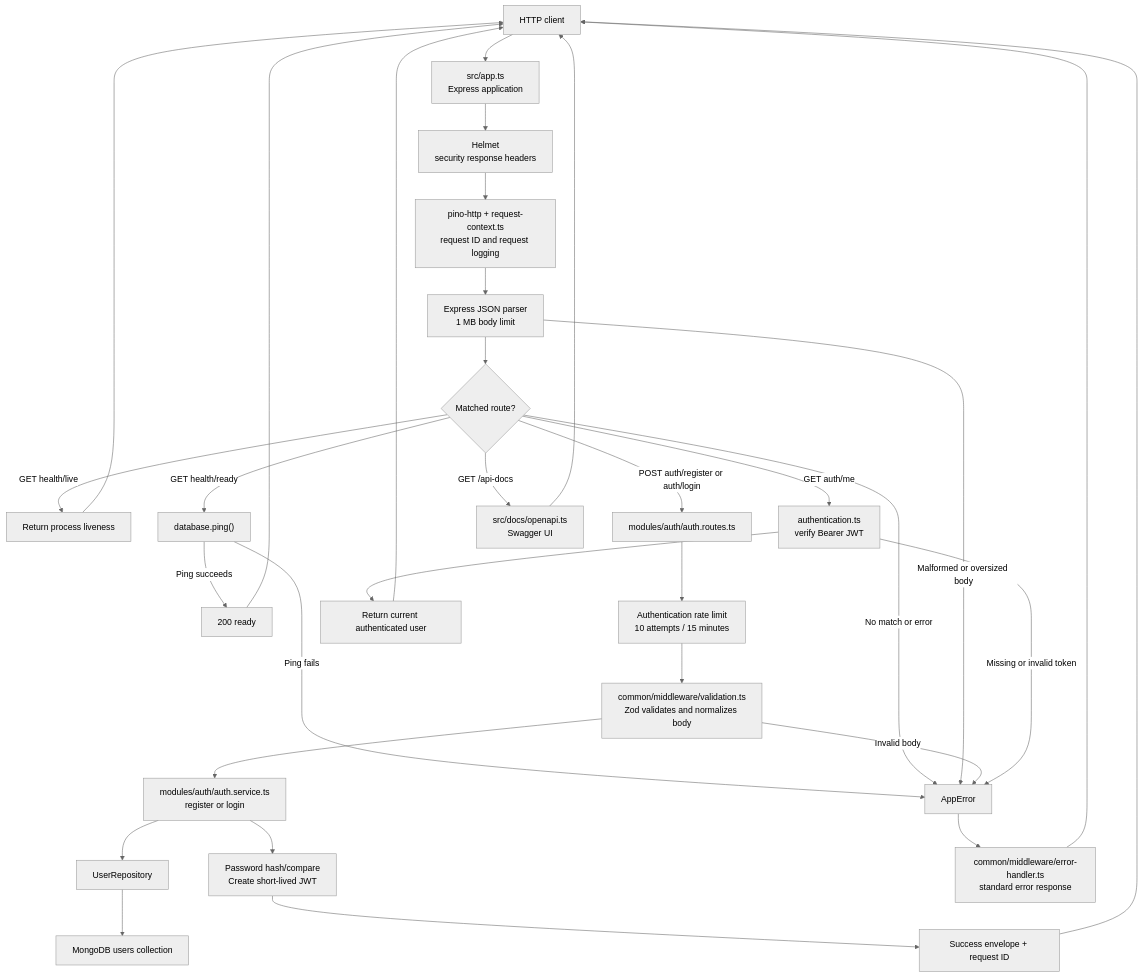
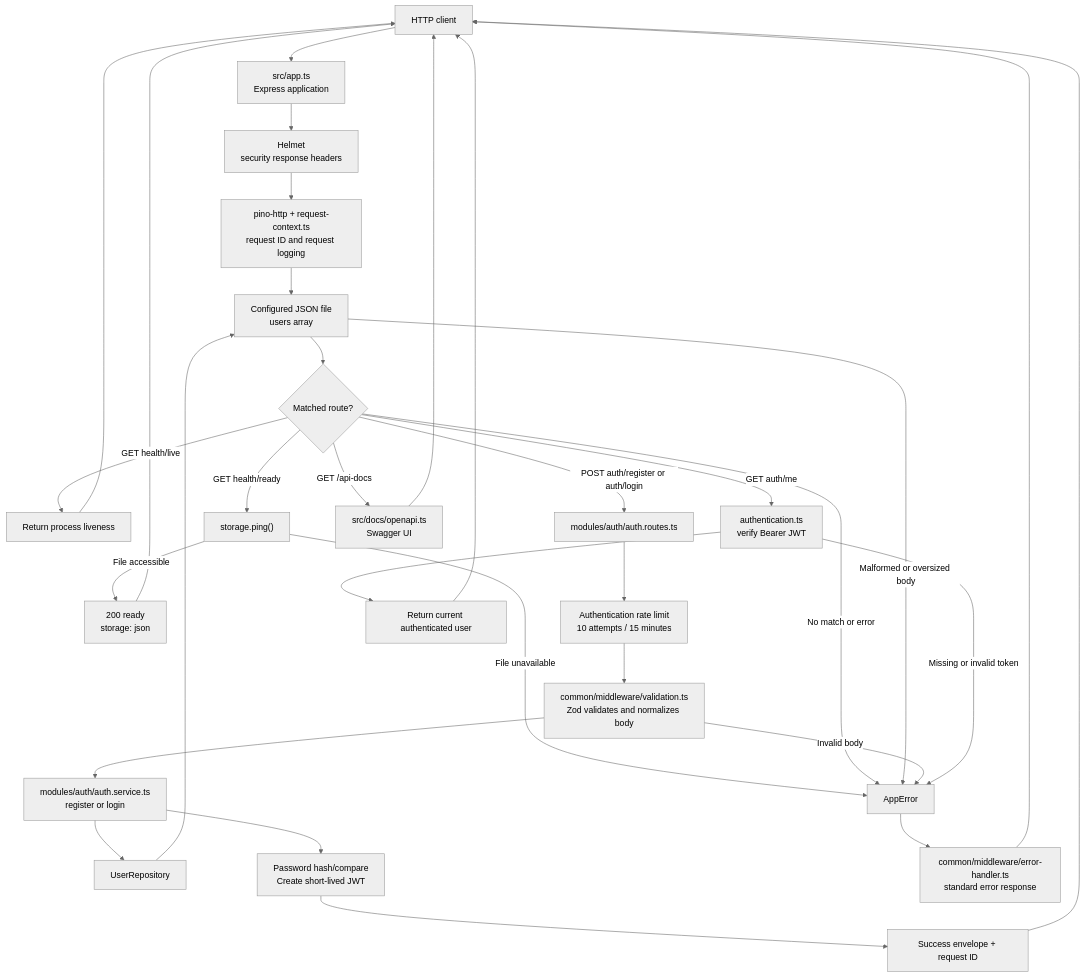
Before and after one commit to Nhlamulo-Reply/AI-Bussiness-Analyst-Agent: the second of 2 diagrams in backend/phasethree.md, drawn with Mermaid (neutral theme). The commit also changed other lines of this file and 30 other files, not shown here.

Commit message:
added a temporary json storage

````diff
--- a/backend/phasethree.md
+++ b/backend/phasethree.md
@@ -51,38 +51,38 @@
 ```mermaid
 flowchart TD
     CLIENT["HTTP client"] --> APP["src/app.ts<br/>Express application"]
     APP --> HEADERS["Helmet<br/>security response headers"]
     HEADERS --> REQUEST["pino-http + request-context.ts<br/>request ID and request logging"]
     REQUEST --> JSON["Express JSON parser<br/>1 MB body limit"]
     JSON --> ROUTE{"Matched route?"}
 
     ROUTE -->|GET health/live| LIVE["Return process liveness"]
-    ROUTE -->|GET health/ready| READY["database.ping()"]
-    READY -->|Ping succeeds| READYOK["200 ready"]
-    READY -->|Ping fails| ERROR["AppError"]
+    ROUTE -->|GET health/ready| READY["storage.ping()"]
+    READY -->|File accessible| READYOK["200 ready<br/>storage: json"]
+    READY -->|File unavailable| ERROR["AppError"]
 
     ROUTE -->|POST auth/register or auth/login| AUTHROUTER["modules/auth/auth.routes.ts"]
     AUTHROUTER --> LIMIT["Authentication rate limit<br/>10 attempts / 15 minutes"]
     LIMIT --> VALIDATE["common/middleware/validation.ts<br/>Zod validates and normalizes body"]
     VALIDATE --> SERVICE["modules/auth/auth.service.ts<br/>register or login"]
     SERVICE --> REPO["UserRepository"]
-    REPO --> MONGO["MongoDB users collection"]
+    REPO --> JSON["Configured JSON file<br/>users array"]
     SERVICE --> TOKEN["Password hash/compare<br/>Create short-lived JWT"]
     TOKEN --> AUTHRESPONSE["Success envelope + request ID"]
 
     ROUTE -->|GET auth/me| BEARER["authentication.ts<br/>verify Bearer JWT"]
     BEARER --> ME["Return current authenticated user"]
 
     ROUTE -->|GET /api-docs| SWAGGER["src/docs/openapi.ts<br/>Swagger UI"]
     ROUTE -->|No match or error| ERROR
     JSON -->|Malformed or oversized body| ERROR
     VALIDATE -->|Invalid body| ERROR
     BEARER -->|Missing or invalid token| ERROR
     ERROR --> HANDLER["common/middleware/error-handler.ts<br/>standard error response"]
     HANDLER --> CLIENT
     LIVE --> CLIENT
     READYOK --> CLIENT
     AUTHRESPONSE --> CLIENT
     ME --> CLIENT
     SWAGGER --> CLIENT
 ```
````
